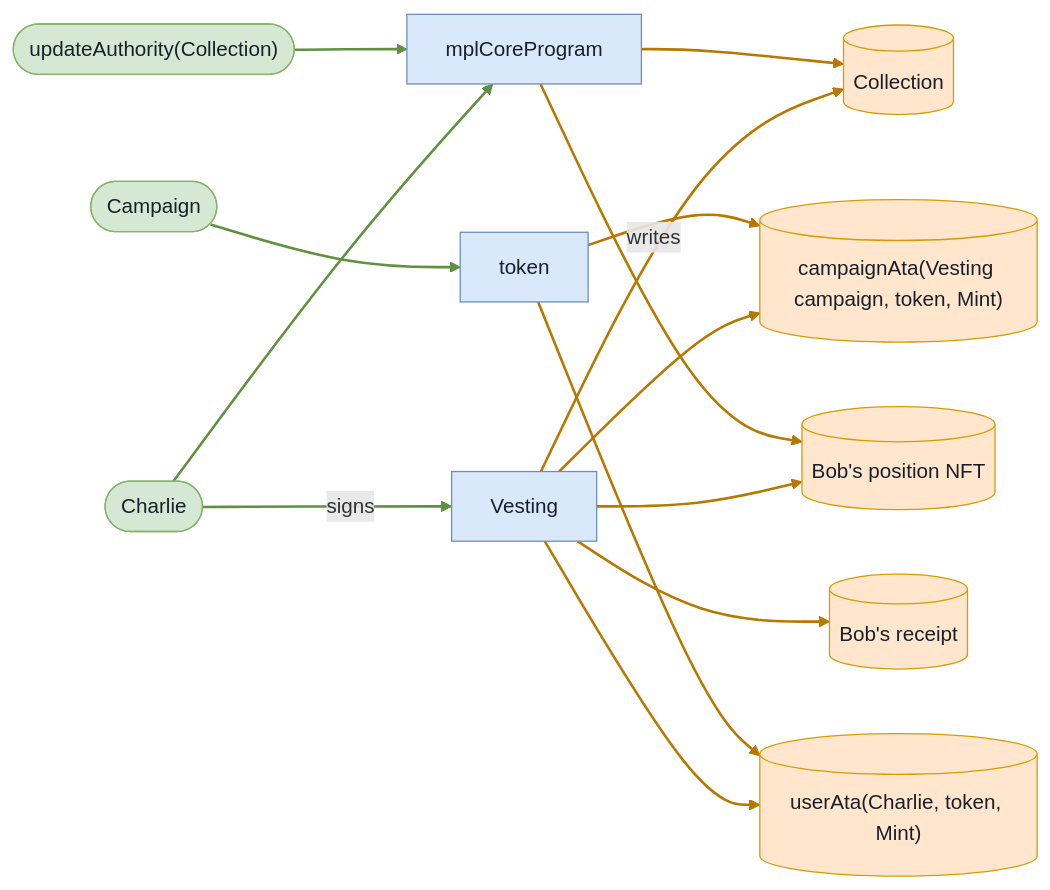
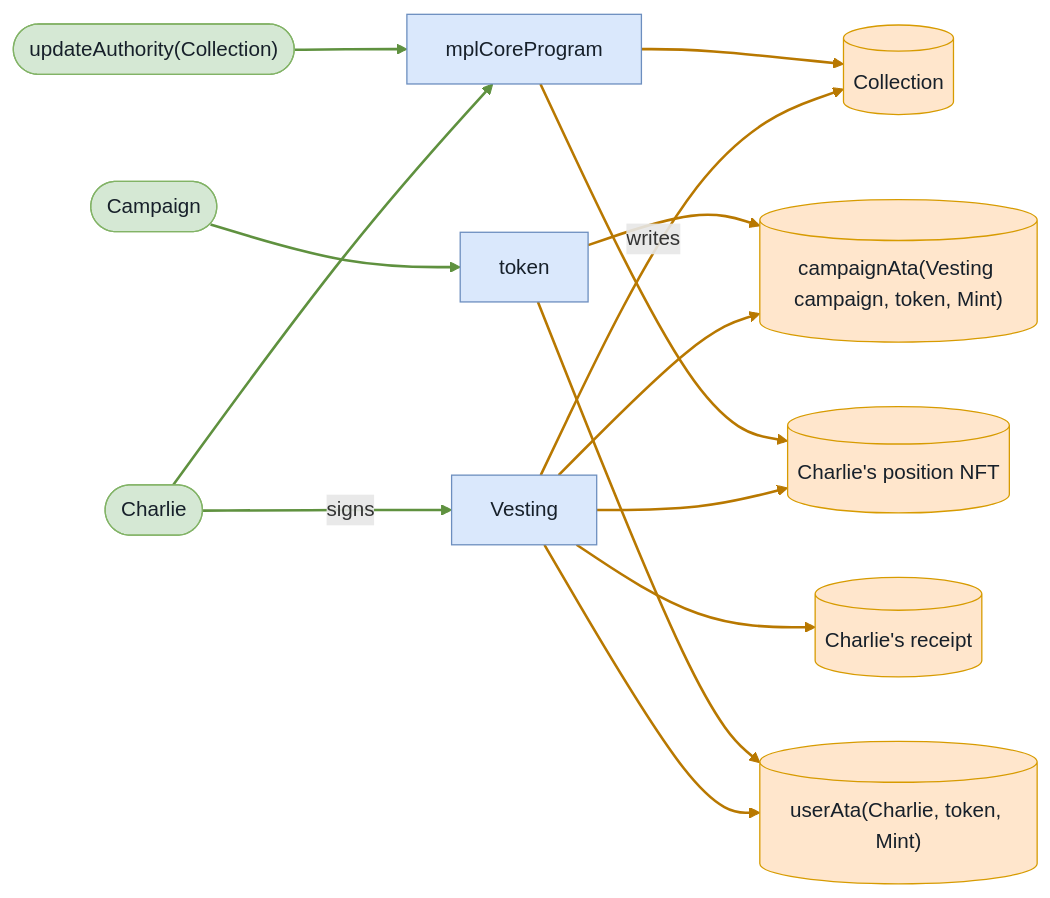
One commit to cds-turbin3/vesting-position changed diagram 26 of 36 in md-reports-babelfish/full_lifecycle.md. Above: the diagram before and after it, drawn with Mermaid. The commit also changed other lines of this file and 62 other files, not shown here.

````diff
--- a/md-reports-babelfish/full_lifecycle.md
+++ b/md-reports-babelfish/full_lifecycle.md
@@ -1105,32 +1105,32 @@
 ```mermaid
 flowchart LR
     Vesting["Vesting"]:::program
     Charlie(["Charlie"]):::signer
     Collection[("Collection")]:::state
     campaignAtaVestingcampaigntokenMint[("campaignAta(Vesting campaign, token, Mint)")]:::state
     userAtaCharlietokenMint[("userAta(Charlie, token, Mint)")]:::state
-    BobspositionNFT[("Bob's position NFT")]:::state
-    Bobsreceipt[("Bob's receipt")]:::state
+    CharliespositionNFT[("Charlie's position NFT")]:::state
+    Charliesreceipt[("Charlie's receipt")]:::state
     mplCoreProgram["mplCoreProgram"]:::program
     updateAuthorityCollection(["updateAuthority(Collection)"]):::signer
     token["token"]:::program
     Campaign(["Campaign"]):::signer
     Charlie -->|signs| Vesting
     Vesting -->|writes| Collection
     Vesting --> campaignAtaVestingcampaigntokenMint
     Vesting --> userAtaCharlietokenMint
-    Vesting --> BobspositionNFT
-    Vesting --> Bobsreceipt
-    mplCoreProgram --> BobspositionNFT
+    Vesting --> CharliespositionNFT
+    Vesting --> Charliesreceipt
+    mplCoreProgram --> CharliespositionNFT
     mplCoreProgram --> Collection
     Charlie --> mplCoreProgram
     updateAuthorityCollection --> mplCoreProgram
     token --> campaignAtaVestingcampaigntokenMint
     token --> userAtaCharlietokenMint
     Campaign --> token
     classDef program fill:#dae8fc,stroke:#6c8ebf,color:#17202a;
     classDef signer fill:#d5e8d4,stroke:#82b366,color:#17202a;
     classDef state fill:#ffe6cc,stroke:#d79b00,color:#17202a;
     linkStyle 0,8,9,12 stroke:#5f913f,stroke-width:2px
     linkStyle 1,2,3,4,5,6,7,10,11 stroke:#b87800,stroke-width:2px
 ```
````
